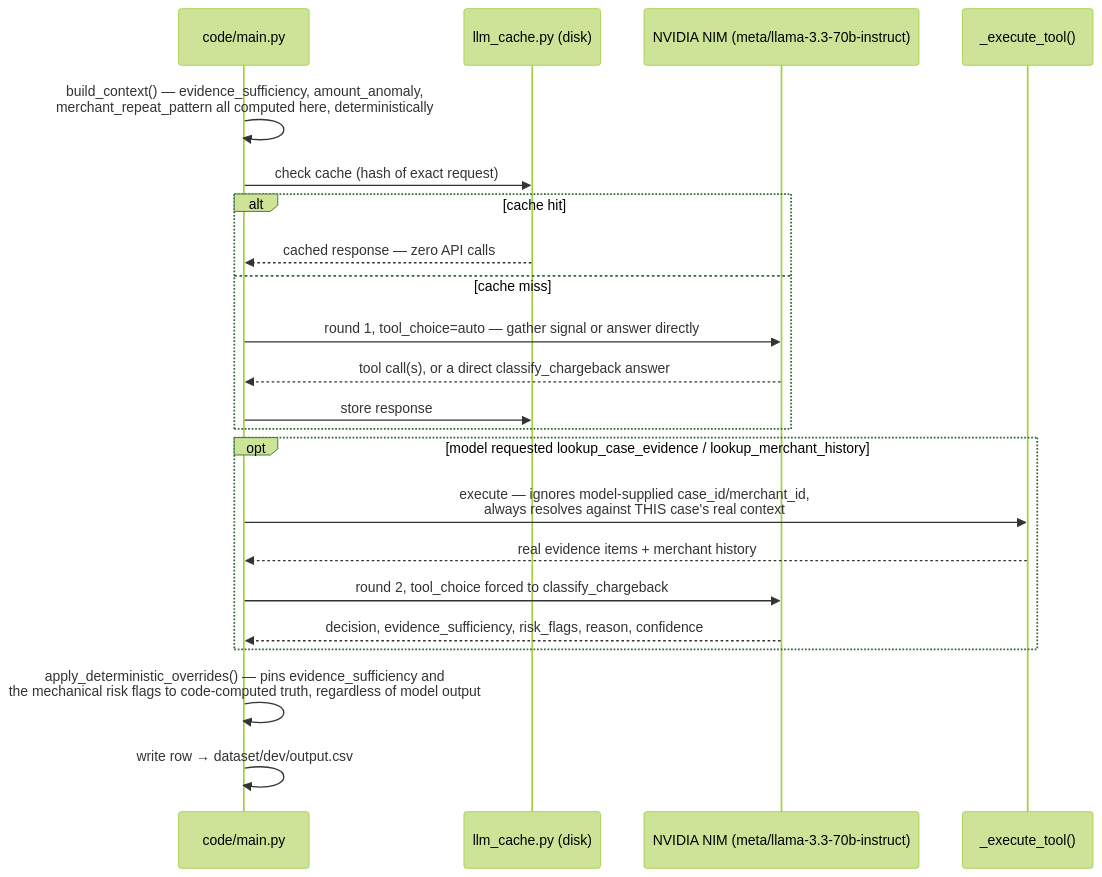
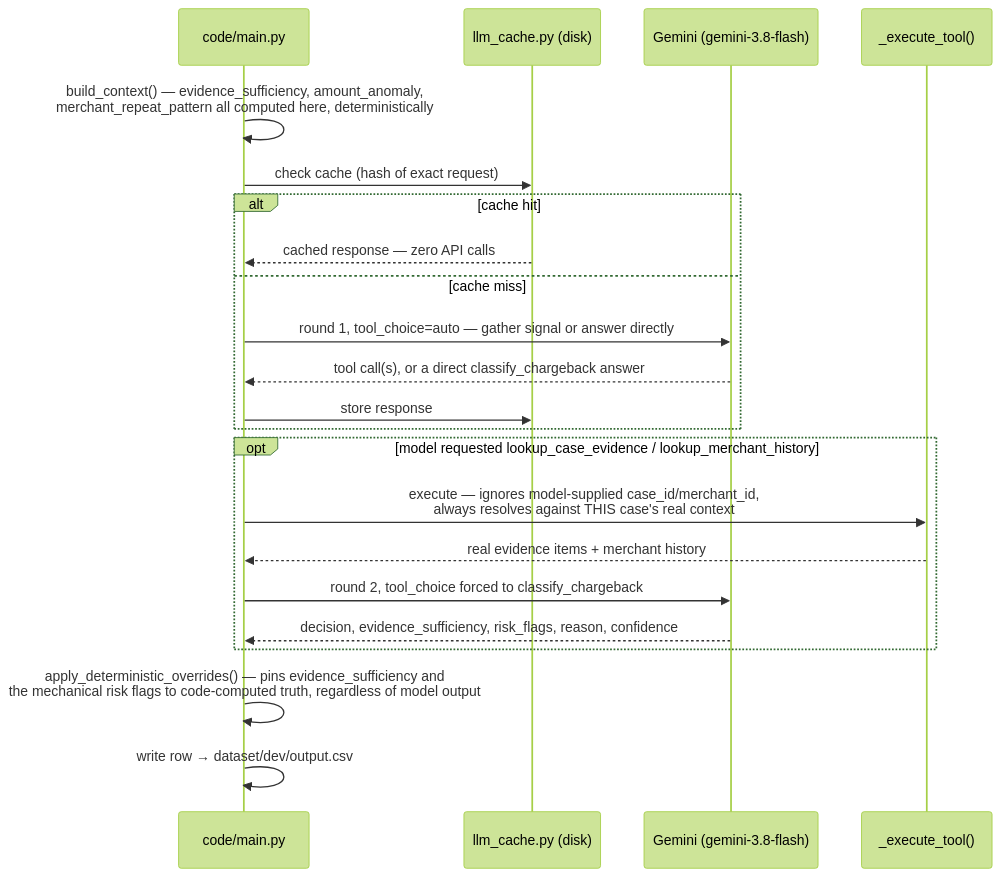
One commit to SajagIN/AEDI changed the diagram in ARCHITECTURE.md. Above: the diagram before and after it, drawn with Mermaid (forest theme). The commit also changed other lines of this file and 23 other files, not shown here.

````diff
--- a/ARCHITECTURE.md
+++ b/ARCHITECTURE.md
@@ -37,25 +37,25 @@
 ```mermaid
 sequenceDiagram
     participant P as code/main.py
     participant C as llm_cache.py (disk)
-    participant M as NVIDIA NIM (meta/llama-3.3-70b-instruct)
+    participant M as Gemini (gemini-3.8-flash)
     participant T as _execute_tool()
 
     P->>P: build_context() — evidence_sufficiency, amount_anomaly,<br/>merchant_repeat_pattern all computed here, deterministically
     P->>C: check cache (hash of exact request)
     alt cache hit
         C-->>P: cached response — zero API calls
     else cache miss
         P->>M: round 1, tool_choice=auto — gather signal or answer directly
         M-->>P: tool call(s), or a direct classify_chargeback answer
         P->>C: store response
     end
     opt model requested lookup_case_evidence / lookup_merchant_history
         P->>T: execute — ignores model-supplied case_id/merchant_id,<br/>always resolves against THIS case's real context
         T-->>P: real evidence items + merchant history
         P->>M: round 2, tool_choice forced to classify_chargeback
         M-->>P: decision, evidence_sufficiency, risk_flags, reason, confidence
     end
     P->>P: apply_deterministic_overrides() — pins evidence_sufficiency and<br/>the mechanical risk flags to code-computed truth, regardless of model output
     P->>P: write row → dataset/dev/output.csv
 ```
````
